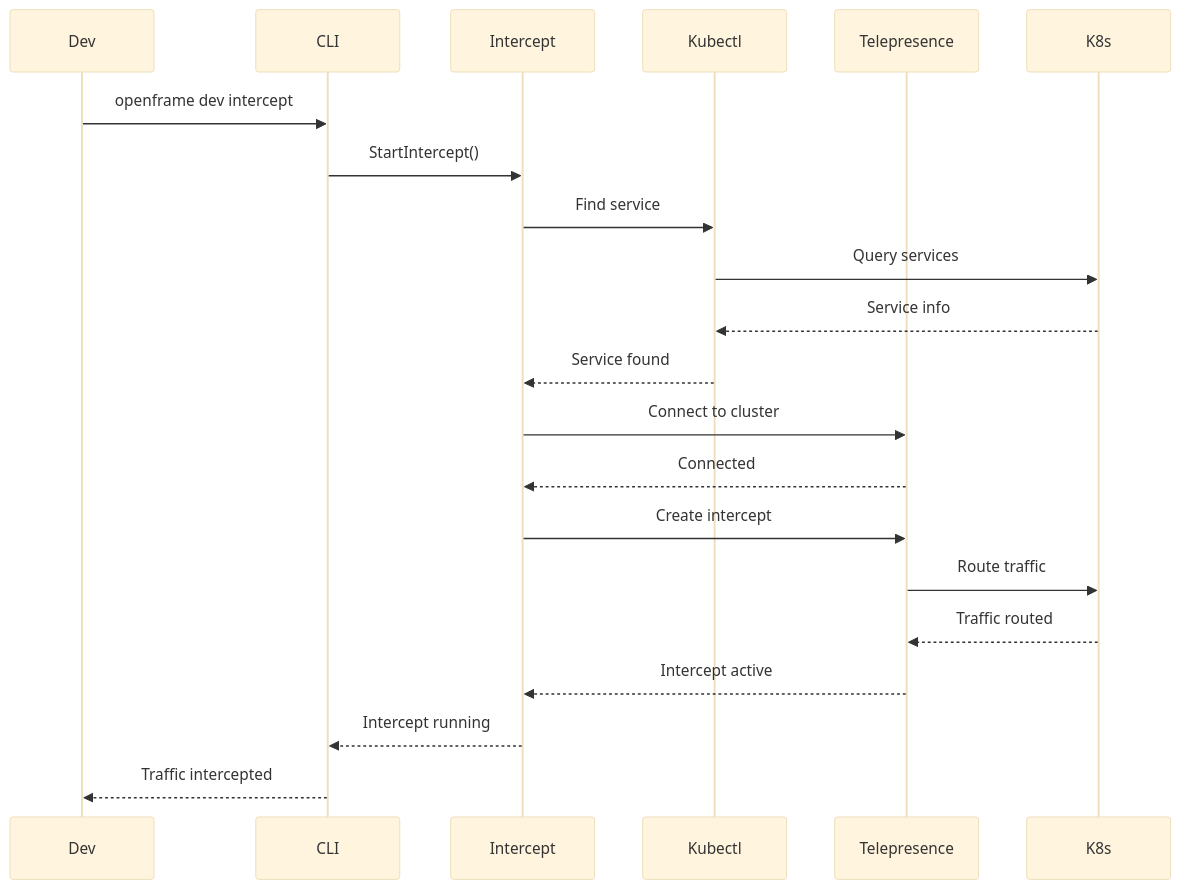
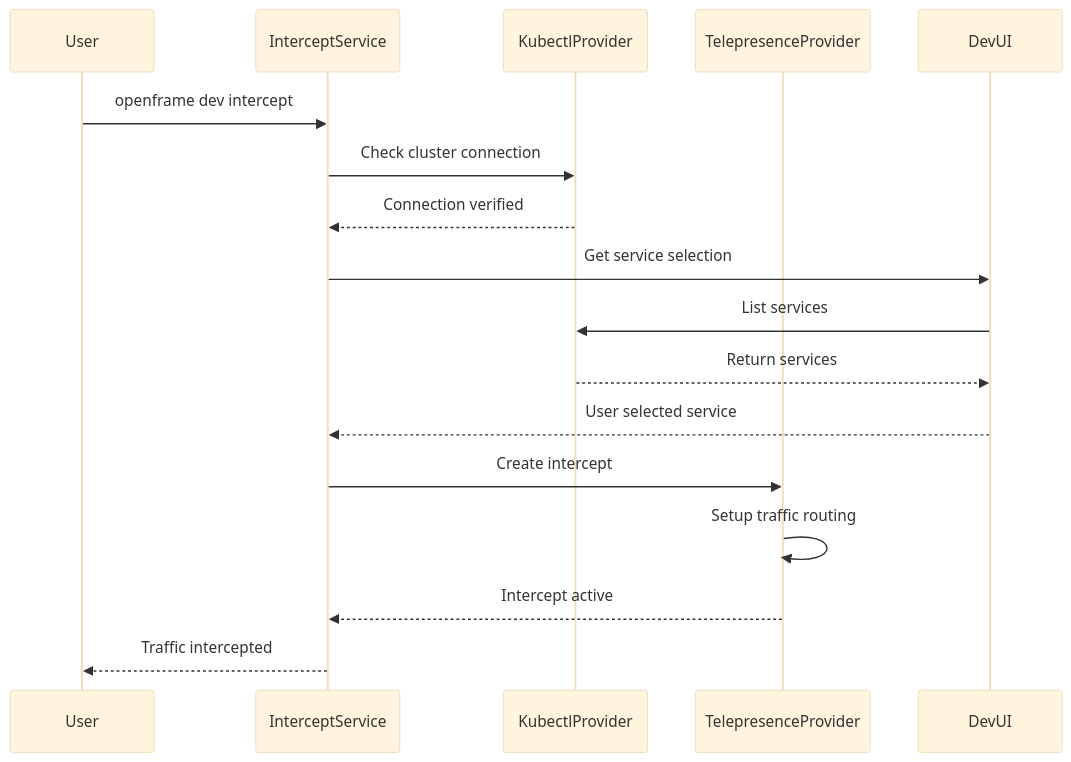
Before and after one commit to flamingo-stack/openframe-cli: the fourth of 4 diagrams in docs/reference/architecture/overview.md, drawn with Mermaid (base theme). The commit also changed other lines of this file and 51 other files, not shown here.

````diff
--- a/docs/reference/architecture/overview.md
+++ b/docs/reference/architecture/overview.md
@@ -156,26 +174,20 @@
 ```mermaid
 sequenceDiagram
-    participant Dev
-    participant CLI
-    participant Intercept
-    participant Kubectl
-    participant Telepresence
-    participant K8s
+    participant User
+    participant InterceptService
+    participant KubectlProvider
+    participant TelepresenceProvider
+    participant DevUI
     
-    Dev->>CLI: openframe dev intercept
-    CLI->>Intercept: StartIntercept()
-    Intercept->>Kubectl: Find service
-    Kubectl->>K8s: Query services
-    K8s-->>Kubectl: Service info
-    Kubectl-->>Intercept: Service found
-    
-    Intercept->>Telepresence: Connect to cluster
-    Telepresence-->>Intercept: Connected
-    Intercept->>Telepresence: Create intercept
-    Telepresence->>K8s: Route traffic
-    K8s-->>Telepresence: Traffic routed
-    Telepresence-->>Intercept: Intercept active
-    
-    Intercept-->>CLI: Intercept running
-    CLI-->>Dev: Traffic intercepted
+    User->>InterceptService: openframe dev intercept
+    InterceptService->>KubectlProvider: Check cluster connection
+    KubectlProvider-->>InterceptService: Connection verified
+    InterceptService->>DevUI: Get service selection
+    DevUI->>KubectlProvider: List services
+    KubectlProvider-->>DevUI: Return services
+    DevUI-->>InterceptService: User selected service
+    InterceptService->>TelepresenceProvider: Create intercept
+    TelepresenceProvider->>TelepresenceProvider: Setup traffic routing
+    TelepresenceProvider-->>InterceptService: Intercept active
+    InterceptService-->>User: Traffic intercepted
 ```
````
